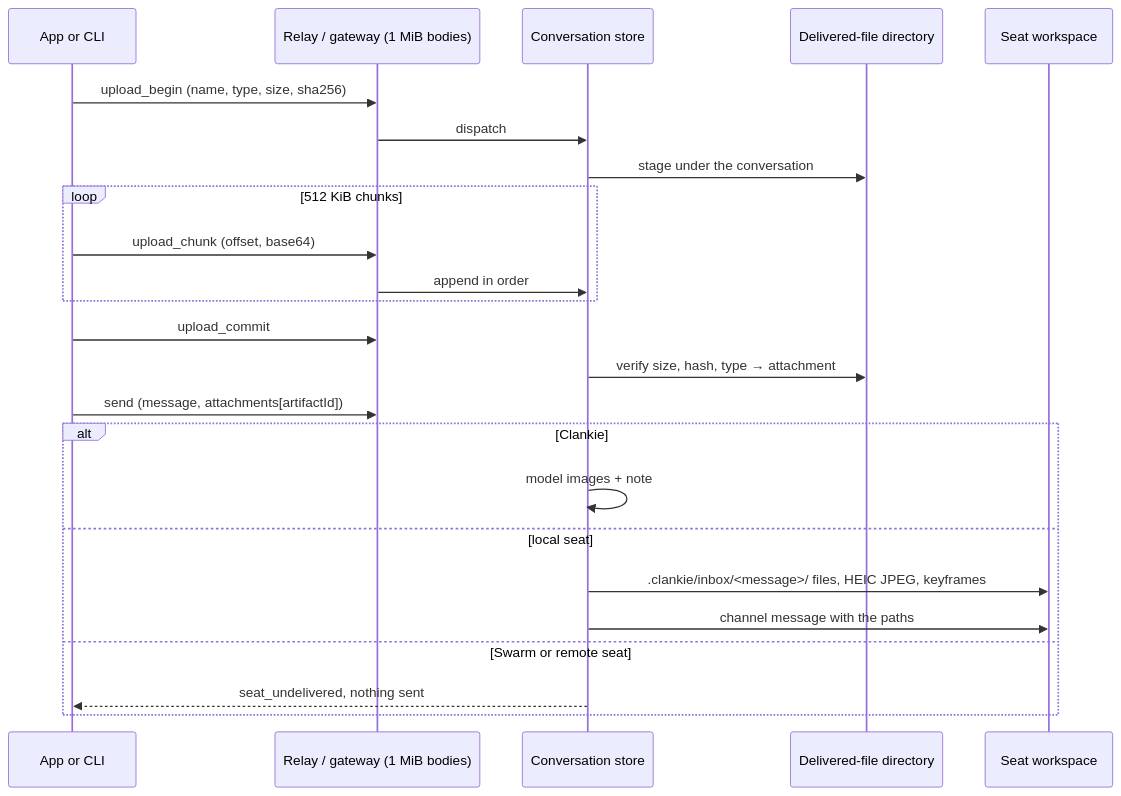
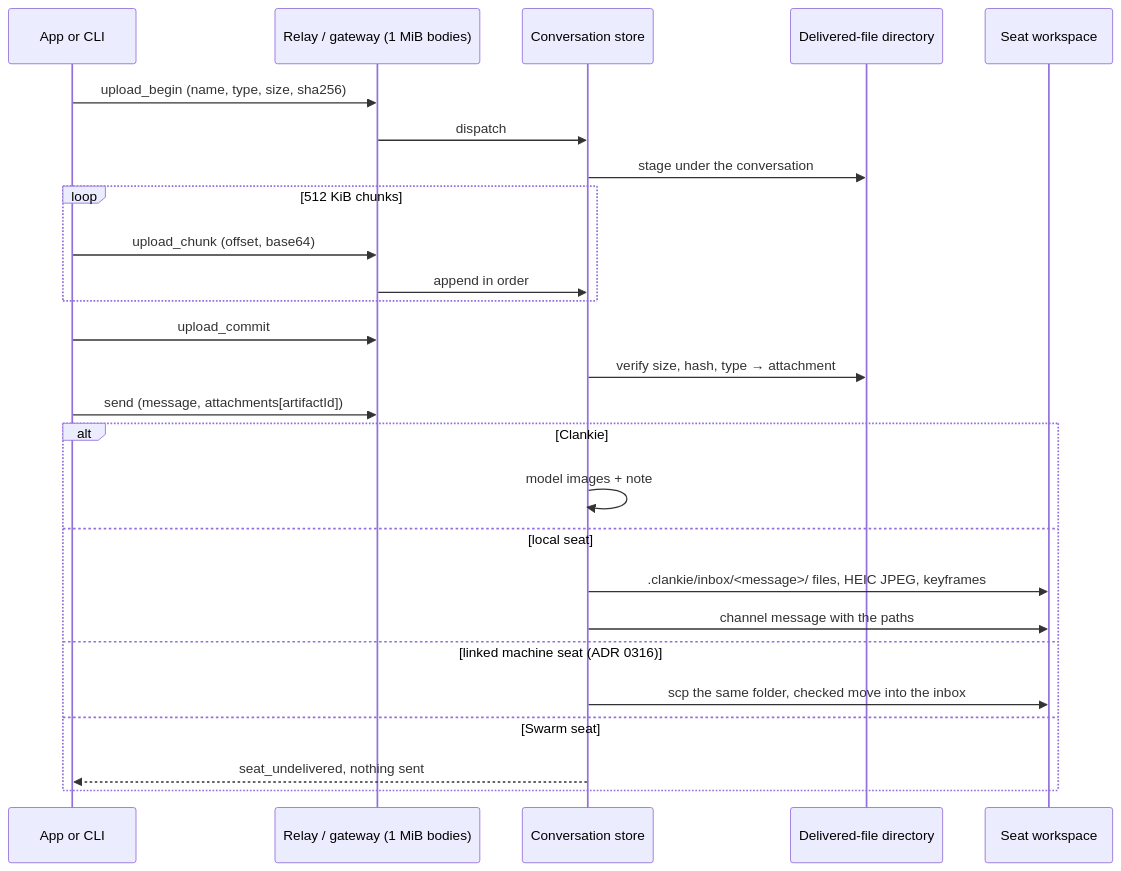
Before and after one commit to Volpestyle/clankie: the diagram in docs/adr/0209-owner-attachments-reach-agents-as-files.md, drawn with Mermaid. The commit also changed other lines of this file and 11 other files, not shown here.

First line of the commit message:
Files reach agents on linked machines (ADR 0316)

````diff
--- a/docs/adr/0209-owner-attachments-reach-agents-as-files.md
+++ b/docs/adr/0209-owner-attachments-reach-agents-as-files.md
@@ -67,26 +69,28 @@
 ```mermaid
 sequenceDiagram
     participant A as App or CLI
     participant R as Relay / gateway (1 MiB bodies)
     participant S as Conversation store
     participant F as Delivered-file directory
     participant W as Seat workspace
     A->>R: upload_begin (name, type, size, sha256)
     R->>S: dispatch
     S->>F: stage under the conversation
     loop 512 KiB chunks
         A->>R: upload_chunk (offset, base64)
         R->>S: append in order
     end
     A->>R: upload_commit
     S->>F: verify size, hash, type → attachment
     A->>R: send (message, attachments[artifactId])
     alt Clankie
         S->>S: model images + note
     else local seat
         S->>W: .clankie/inbox/<message>/ files, HEIC JPEG, keyframes
         S->>W: channel message with the paths
-    else Swarm or remote seat
+    else linked machine seat (ADR 0316)
+        S->>W: scp the same folder, checked move into the inbox
+    else Swarm seat
         S-->>A: seat_undelivered, nothing sent
     end
 ```
````
